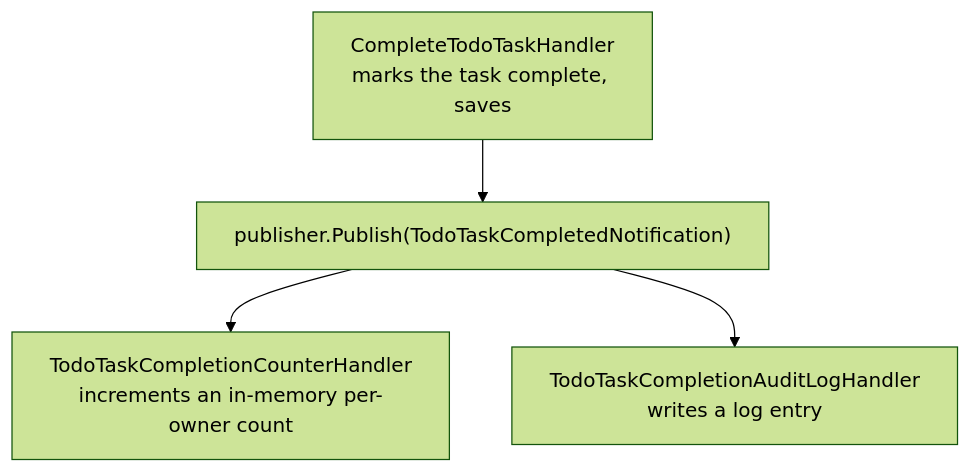
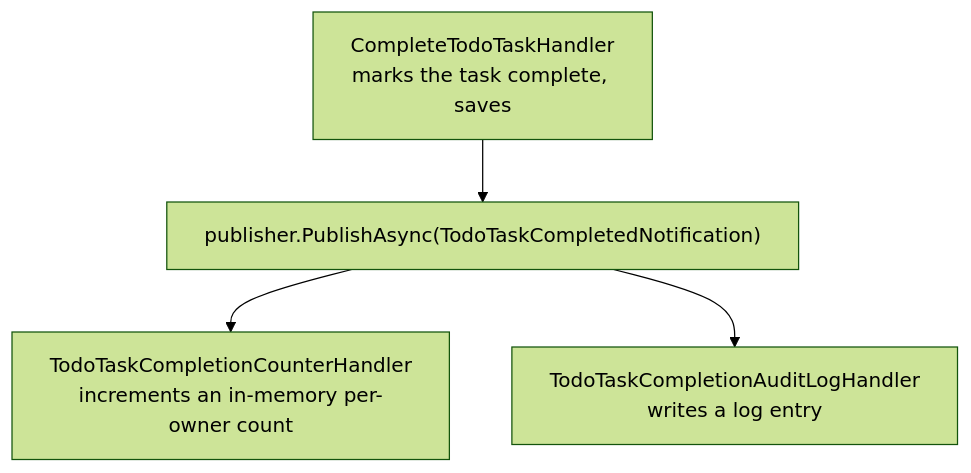
One commit to rheone/interlocutor changed the second of 3 diagrams in documentation/beginners-guide-todo-api.md. Above: the diagram before and after it, drawn with Mermaid (forest theme). The commit also changed other lines of this file and 1 other file, not shown here.

First line of the commit message:
docs: fix stale pre-Async dispatch member names in tutorial docs

````diff
--- a/documentation/beginners-guide-todo-api.md
+++ b/documentation/beginners-guide-todo-api.md
@@ -1239,6 +1239,6 @@
 ```mermaid
 flowchart TD
-    Complete["CompleteTodoTaskHandler<br/>marks the task complete, saves"] --> Publish["publisher.Publish(TodoTaskCompletedNotification)"]
+    Complete["CompleteTodoTaskHandler<br/>marks the task complete, saves"] --> Publish["publisher.PublishAsync(TodoTaskCompletedNotification)"]
     Publish --> Counter["TodoTaskCompletionCounterHandler<br/>increments an in-memory per-owner count"]
     Publish --> Audit["TodoTaskCompletionAuditLogHandler<br/>writes a log entry"]
 ```
````
